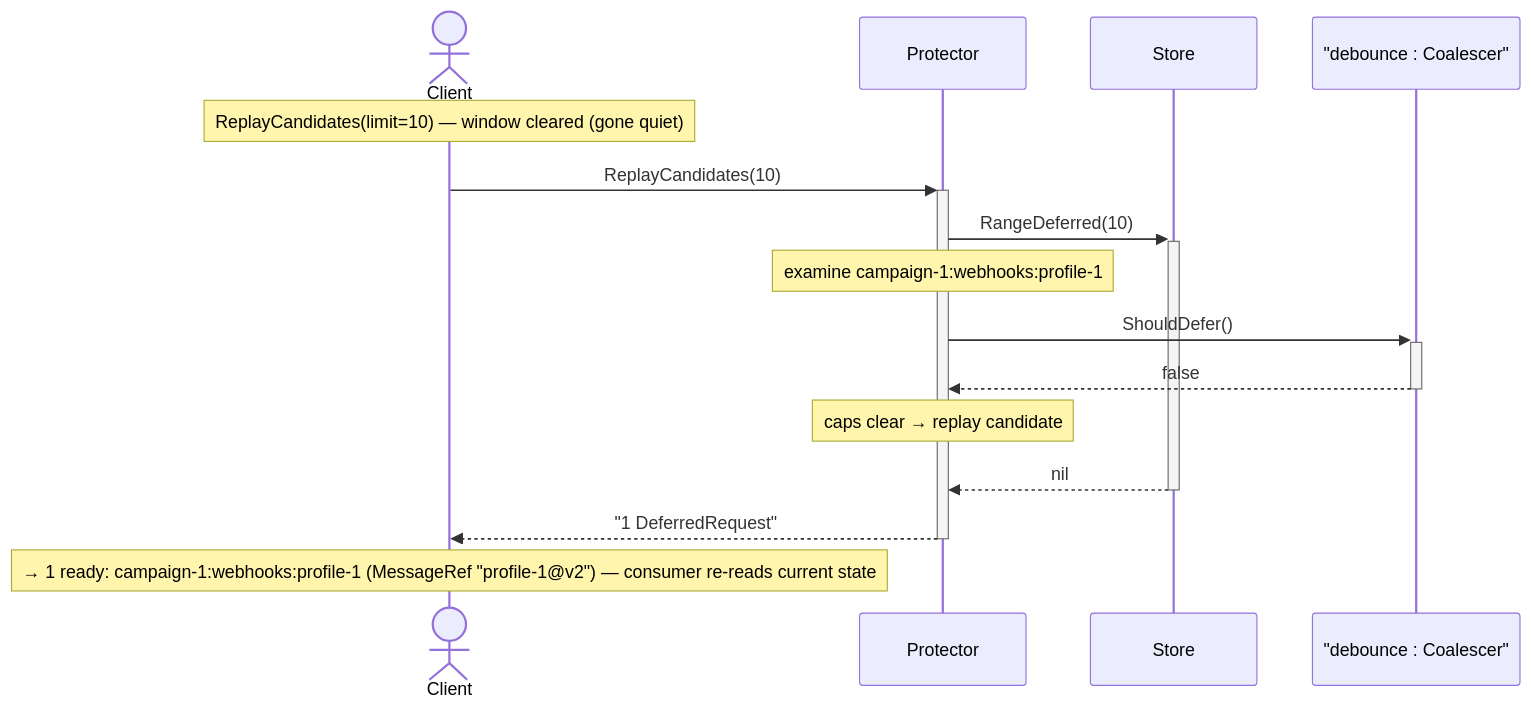
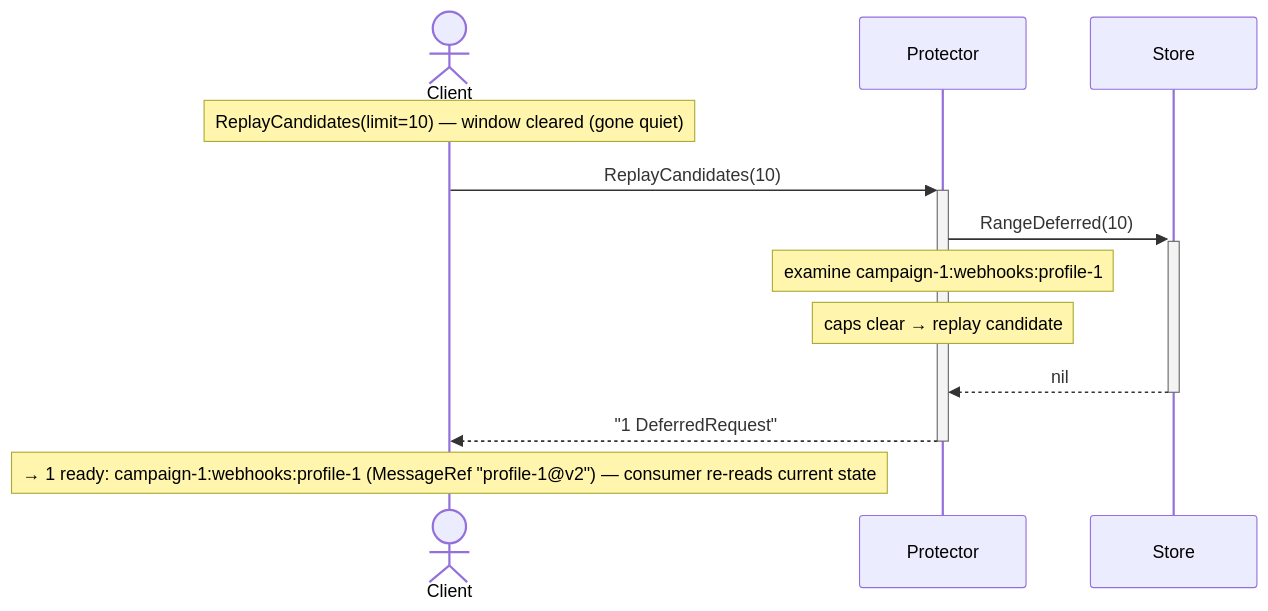
The fourth of 4 diagrams in internal/core/sequence_read_test.md (homemade/pith), drawn with Mermaid before and after one commit. The commit also changed other lines of this file and 13 other files, not shown here.

````diff
--- a/internal/core/sequence_read_test.md
+++ b/internal/core/sequence_read_test.md
@@ -75,18 +66,15 @@
 ```mermaid
 sequenceDiagram
     actor Client
     participant Protector
     participant Store
-    participant Debounce as "debounce : Coalescer"
 
     Note over Client: ReplayCandidates(limit=10) — window cleared (gone quiet)
     Client->>+Protector: ReplayCandidates(10)
     Protector->>+Store: RangeDeferred(10)
     Note over Protector: examine campaign-1:webhooks:profile-1
-    Protector->>+Debounce: ShouldDefer()
-    Debounce-->>-Protector: false
     Note over Protector: caps clear → replay candidate
     Store-->>-Protector: nil
     Protector-->>-Client: "1 DeferredRequest"
     Note over Client: → 1 ready: campaign-1:webhooks:profile-1 (MessageRef "profile-1@v2") — consumer re-reads current state
 ```
````
